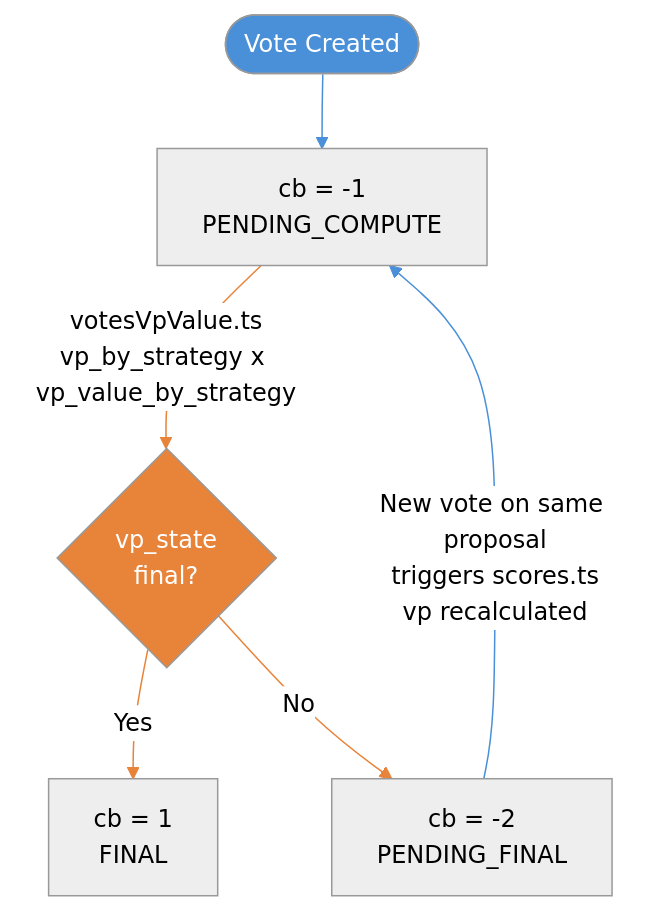
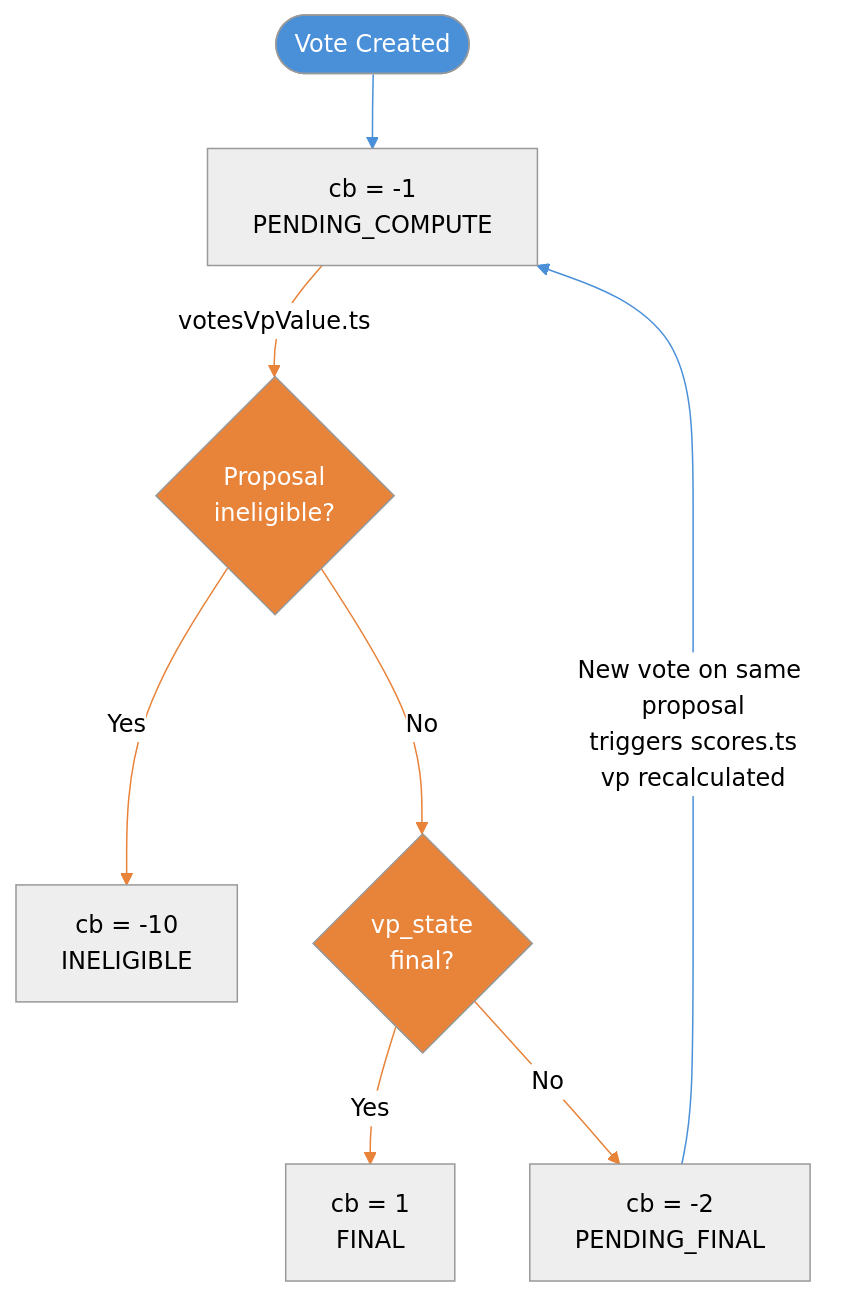
Before and after one commit to snapshot-labs/snapshot-sequencer: the second of 2 diagrams in docs/cb-flow.md, drawn with Mermaid (neutral theme). The commit also changed 1 other file, not shown here.

Commit message:
fix: mark votes of ineligible proposals as `INELIGIBLE` (#622)
* fix: mark votes of ineligible proposals as ineligible

Votes whose proposals are in INELIGIBLE state were stuck at
PENDING_COMPUTE forever, blocking the processing queue. This change
includes ineligible proposals in the proposals map and marks their
votes as INELIGIBLE in the existing refresh flow.

* refactor: deduplicate proposalVpValues.get() call in processBatch

---------

````diff
--- a/docs/cb-flow.md
+++ b/docs/cb-flow.md
@@ -47,19 +47,21 @@
 ```mermaid
 flowchart TD
     A([Vote Created]):::user --> B["cb = -1<br>PENDING_COMPUTE"]
-    B -->|votesVpValue.ts<br>vp_by_strategy x vp_value_by_strategy| C{vp_state<br>final?}
+    B -->|votesVpValue.ts| F{Proposal<br>ineligible?}
+    F -->|Yes| G["cb = -10<br>INELIGIBLE"]
+    F -->|No| C{vp_state<br>final?}
     C -->|Yes| D["cb = 1<br>FINAL"]
     C -->|No| E["cb = -2<br>PENDING_FINAL"]
     E -->|New vote on same proposal<br>triggers scores.ts<br>vp recalculated| B
 
     classDef user fill:#4a90d9,color:#fff
     classDef async fill:#e8833a,color:#fff
 
     class A user
-    class C async
-    class B,D,E default
+    class F,C async
+    class B,D,E,G default
 
     linkStyle 0 stroke:#4a90d9
-    linkStyle 1,2,3 stroke:#e8833a
-    linkStyle 4 stroke:#4a90d9
+    linkStyle 1,2,3,4,5 stroke:#e8833a
+    linkStyle 6 stroke:#4a90d9
 ```
````
